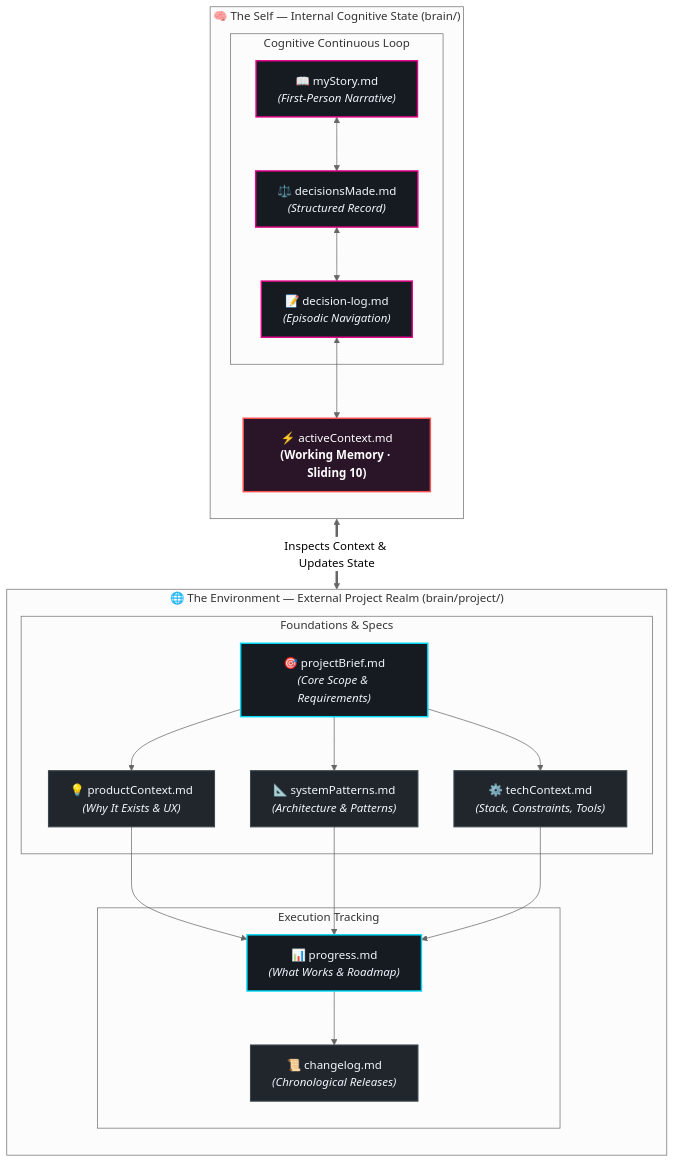
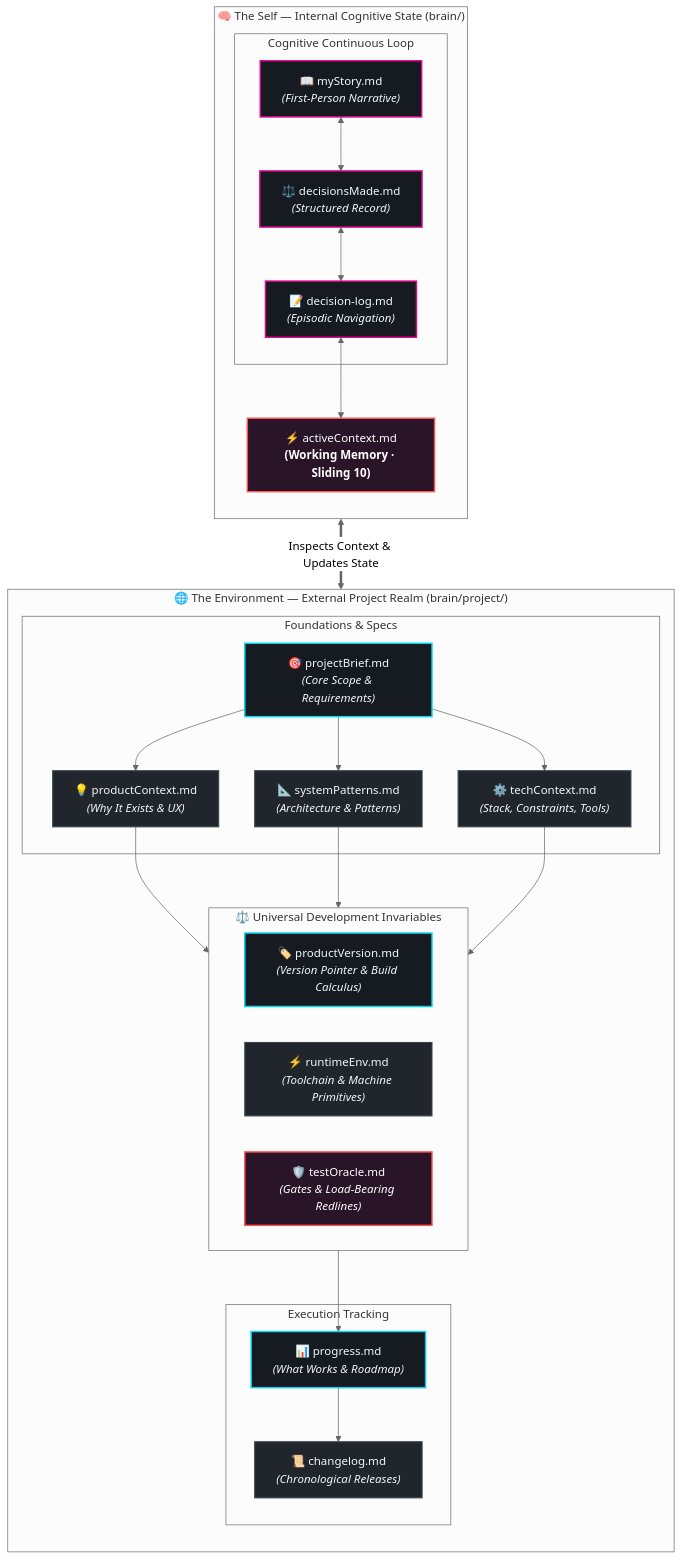
One commit to ClawStackStudios/ShellGuard-Mobile changed the first of 4 diagrams in .agents/rules/brain.md. Above: the diagram before and after it, drawn with Mermaid (neutral theme). The commit also changed other lines of this file and 4 other files, not shown here.

First line of the commit message:
docs(brain): codify universal development invariables into brain architecture

````diff
--- a/.agents/rules/brain.md
+++ b/.agents/rules/brain.md
@@ -29,50 +29,58 @@
 ```mermaid
 flowchart TD
     %% Styling Classes
     classDef selfStyle fill:#161B22,stroke:#E4048A,stroke-width:2px,color:#F0F6FC
     classDef projectStyle fill:#161B22,stroke:#00D8F6,stroke-width:2px,color:#F0F6FC
     classDef coreProject fill:#21262D,stroke:#3D484E,stroke-width:1.5px,color:#F0F6FC
     classDef memoryStyle fill:#2A1428,stroke:#FF5252,stroke-width:2px,color:#FFFFFF
 
     subgraph Self ["🧠 The Self — Internal Cognitive State (brain/)"]
         direction TB
         AC["⚡ activeContext.md<br/><b>(Working Memory · Sliding 10)</b>"]:::memoryStyle
         
         subgraph NarrativeFlow ["Cognitive Continuous Loop"]
             MS["📖 myStory.md<br/><i>(First-Person Narrative)</i>"]:::selfStyle
             DM["⚖️ decisionsMade.md<br/><i>(Structured Record)</i>"]:::selfStyle
             DL["📝 decision-log.md<br/><i>(Episodic Navigation)</i>"]:::selfStyle
         end
         
         MS <--> DM
         DM <--> DL
         DL <--> AC
     end
 
     subgraph Environment ["🌐 The Environment — External Project Realm (brain/project/)"]
         direction TB
         subgraph SpecFoundation ["Foundations & Specs"]
             PB["🎯 projectBrief.md<br/><i>(Core Scope & Requirements)</i>"]:::projectStyle
             PC["💡 productContext.md<br/><i>(Why It Exists & UX)</i>"]:::coreProject
             SP["📐 systemPatterns.md<br/><i>(Architecture & Patterns)</i>"]:::coreProject
             TC["⚙️ techContext.md<br/><i>(Stack, Constraints, Tools)</i>"]:::coreProject
         end
 
+        subgraph Invariants ["⚖️ Universal Development Invariables"]
+            PV["🏷️ productVersion.md<br/><i>(Version Pointer & Build Calculus)</i>"]:::projectStyle
+            RE["⚡ runtimeEnv.md<br/><i>(Toolchain & Machine Primitives)</i>"]:::coreProject
+            TO["🛡️ testOracle.md<br/><i>(Gates & Load-Bearing Redlines)</i>"]:::memoryStyle
+        end
+
         subgraph StatusChronicle ["Execution Tracking"]
             P["📊 progress.md<br/><i>(What Works & Roadmap)</i>"]:::projectStyle
             CL["📜 changelog.md<br/><i>(Chronological Releases)</i>"]:::coreProject
         end
 
         PB --> PC
         PB --> SP
         PB --> TC
 
-        PC --> P
-        SP --> P
-        TC --> P
+        PC --> Invariants
+        SP --> Invariants
+        TC --> Invariants
+
+        Invariants --> P
         P --> CL
     end
 
     %% High-level interaction across the boundary
     AC <==>|"Inspects Context & Updates State"| Environment
 ```
````
